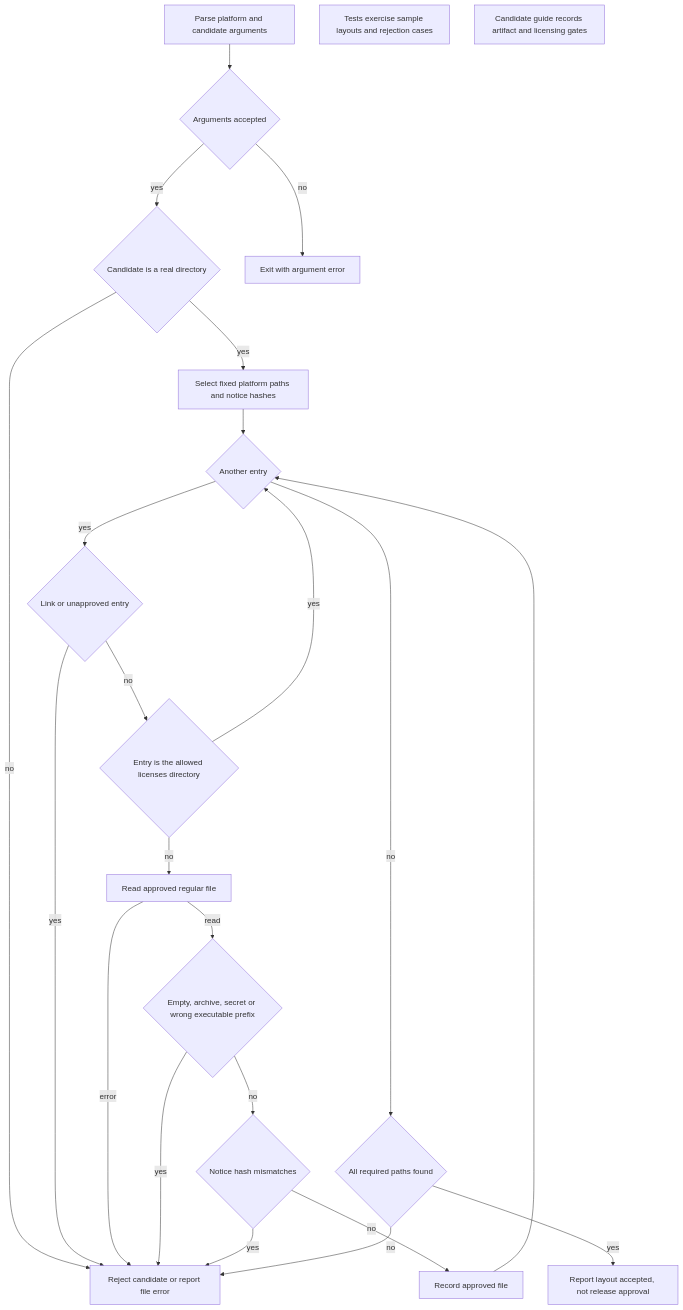
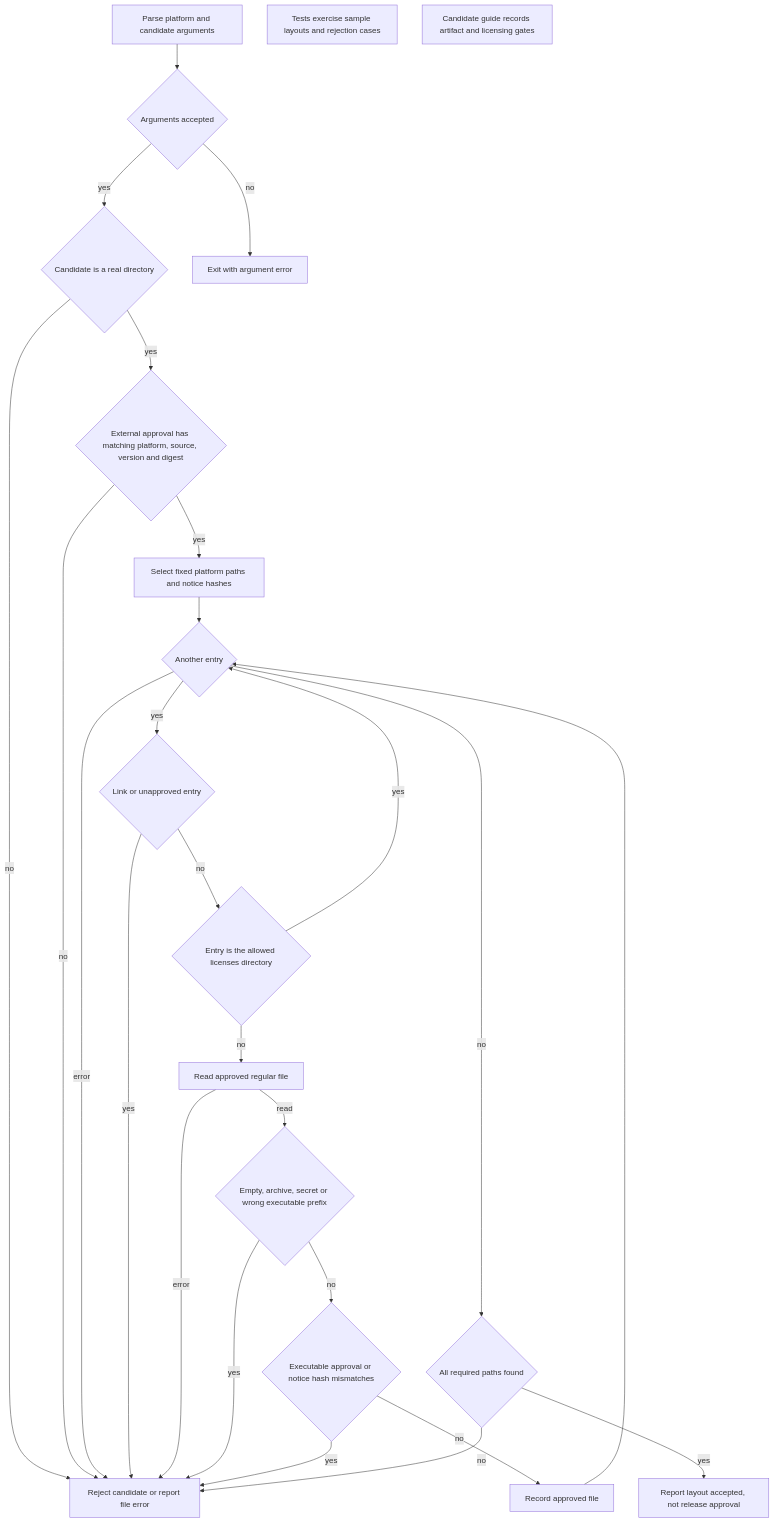
Before and after one commit to KarlSideProjects/hwmonitor-mqtt: the diagram in docs/flows/sender.release-inspection.mmd, drawn with Mermaid. The commit also changed 5 other files, not shown here.

```diff
--- a/docs/flows/sender.release-inspection.mmd
+++ b/docs/flows/sender.release-inspection.mmd
@@ -1,39 +1,43 @@
 flowchart TD
     A["Parse platform and candidate arguments"]
     B{"Arguments accepted"}
     C{"Candidate is a real directory"}
+    R{"External approval has matching platform, source, version and digest"}
     D["Select fixed platform paths and notice hashes"]
     E{"Another entry"}
     F{"Link or unapproved entry"}
     G{"Entry is the allowed licenses directory"}
     H["Read approved regular file"]
     I{"Empty, archive, secret or wrong executable prefix"}
-    J{"Notice hash mismatches"}
+    J{"Executable approval or notice hash mismatches"}
     K["Record approved file"]
     L{"All required paths found"}
     M["Report layout accepted, not release approval"]
     N["Reject candidate or report file error"]
     O["Exit with argument error"]
     P["Tests exercise sample layouts and rejection cases"]
     Q["Candidate guide records artifact and licensing gates"]
     A --> B
     B -->|no| O
     B -->|yes| C
     C -->|no| N
-    C -->|yes| D
+    C -->|yes| R
+    R -->|no| N
+    R -->|yes| D
     D --> E
+    E -->|error| N
     E -->|yes| F
     F -->|yes| N
     F -->|no| G
     G -->|yes| E
     G -->|no| H
     H -->|error| N
     H -->|read| I
     I -->|yes| N
     I -->|no| J
     J -->|yes| N
     J -->|no| K
     K --> E
     E -->|no| L
     L -->|no| N
     L -->|yes| M
```
